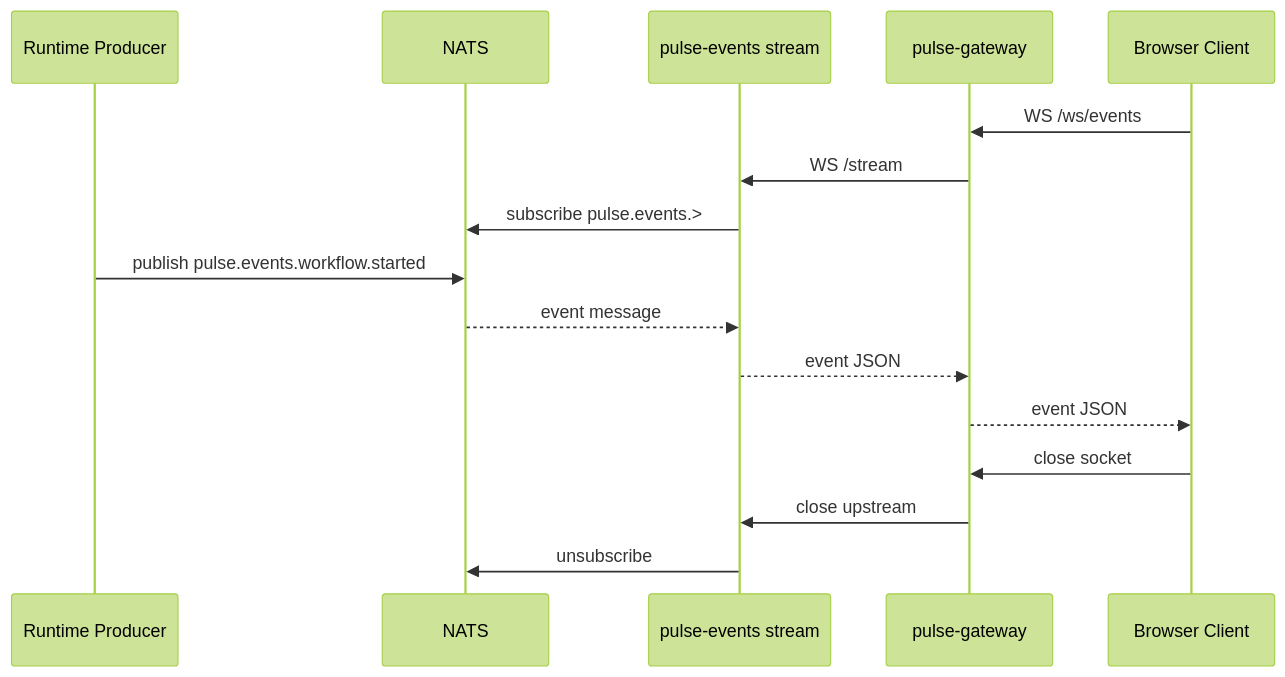
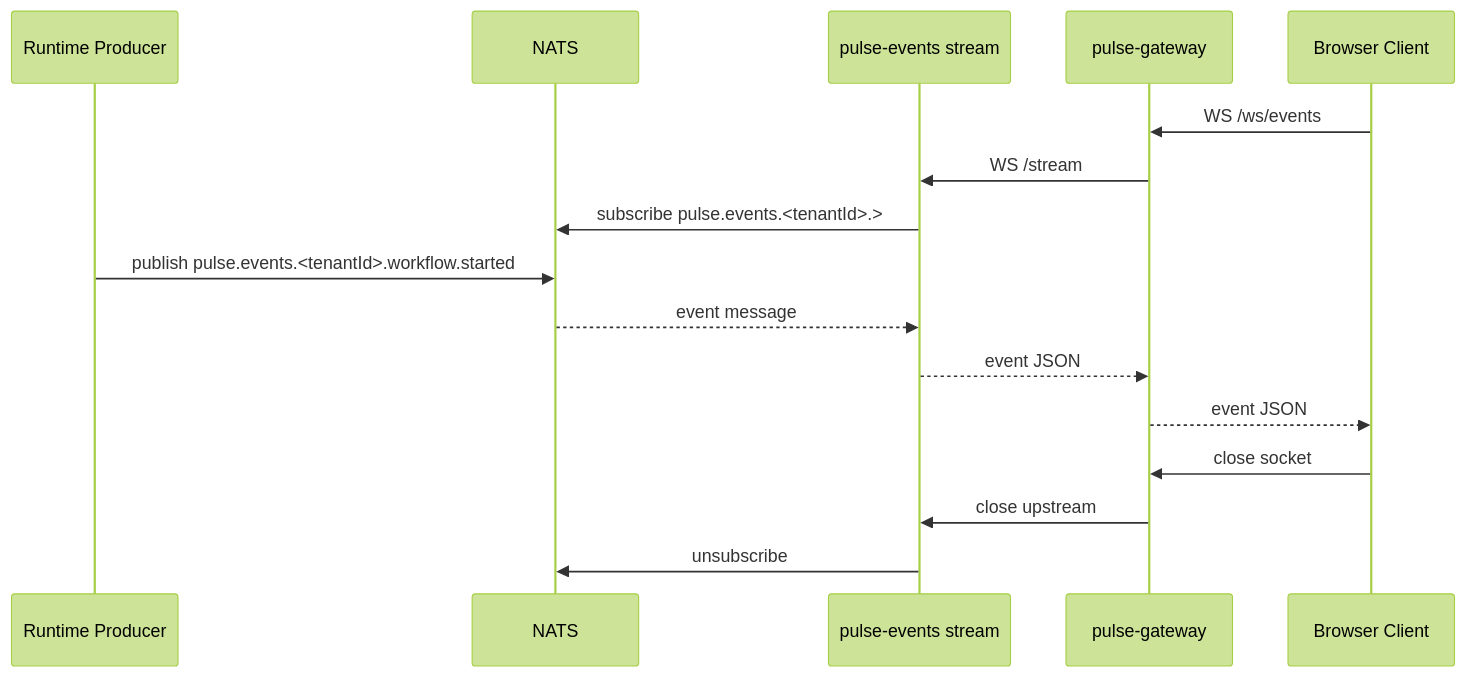
One commit to NEXARA-oss/PulseStack changed the sixth of 18 diagrams in docs/architecture/distributed-runtime.md. Above: the diagram before and after it, drawn with Mermaid (forest theme). The commit also changed other lines of this file and 2 other files, not shown here.

Commit message:
fix(events): use tenant-specific NATS subjects for websocket stream (#128)

````diff
--- a/docs/architecture/distributed-runtime.md
+++ b/docs/architecture/distributed-runtime.md
@@ -232,19 +232,19 @@
 ```mermaid
 sequenceDiagram
   participant R as Runtime Producer
   participant N as NATS
   participant S as pulse-events stream
   participant G as pulse-gateway
   participant C as Browser Client
 
   C->>G: WS /ws/events
   G->>S: WS /stream
-  S->>N: subscribe pulse.events.>
-  R->>N: publish pulse.events.workflow.started
+  S->>N: subscribe pulse.events.<tenantId>.>
+  R->>N: publish pulse.events.<tenantId>.workflow.started
   N-->>S: event message
   S-->>G: event JSON
   G-->>C: event JSON
   C->>G: close socket
   G->>S: close upstream
   S->>N: unsubscribe
 ```
````
